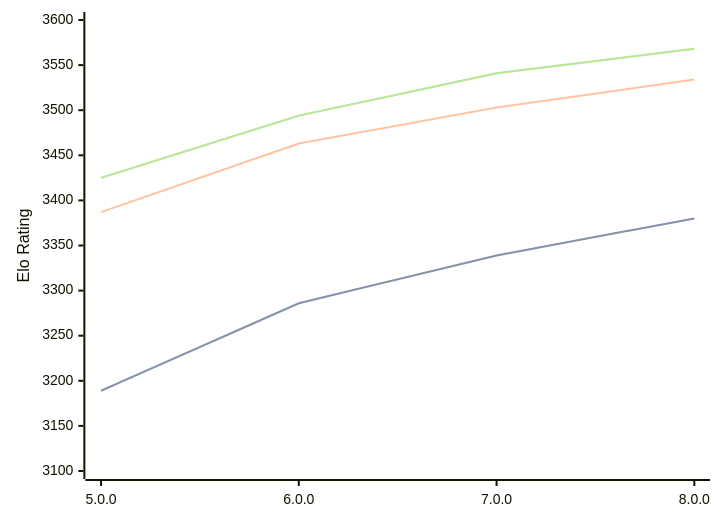
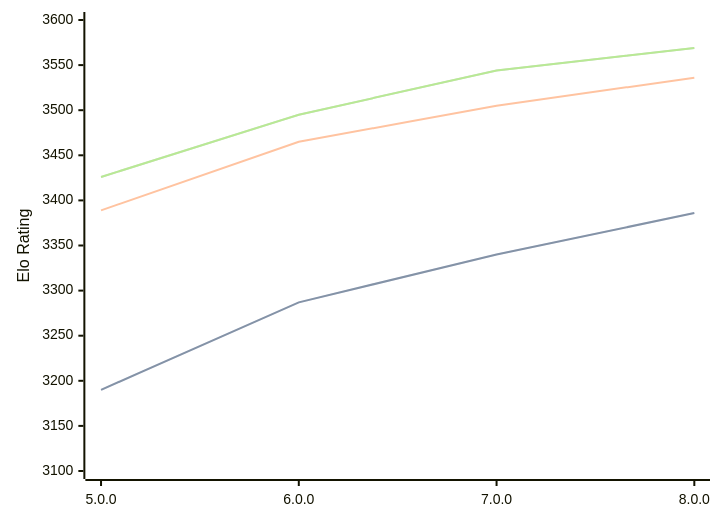
The diagram in engines/Stormphrax.md (computer-chess-index/cci), drawn with Mermaid before and after one commit. The commit also changed other lines of this file, not shown here.

Commit message:
Update CCI Ratings (ELO VLTC) - 2026-08-15

````diff
--- a/engines/Stormphrax.md
+++ b/engines/Stormphrax.md
@@ -34,11 +34,11 @@
 ```mermaid
 %%{init: {"theme":"base","themeVariables":{"seriesColors:['#a3a3a3','#222221','#faa371']}}}%%
 xychart-beta
   x-axis ["5.0.0", "6.0.0", "7.0.0", "8.0.0"]
   y-axis "Elo Rating" 3100 --> 3600
-  line "STC (8.0+0.08s)" [3189, 3286, 3339, 3380]
-  line "STC (8.0+0.08s)" [3189, 3286, 3339, 3380]
-  line "LTC (60.0+0.60s)" [3387, 3463, 3503, 3534]
-  line "VLTC (2m24s+1.12s)" [3425, 3494, 3541, 3568]
-  line "VLTC (2m24s+1.12s)" [3425, 3494, 3541, 3568]
+  line "STC (8.0+0.08s)" [3190, 3287, 3340, 3386]
+  line "STC (8.0+0.08s)" [3190, 3287, 3340, 3386]
+  line "LTC (60.0+0.60s)" [3389, 3465, 3505, 3536]
+  line "VLTC (2m24s+1.12s)" [3426, 3495, 3544, 3569]
+  line "VLTC (2m24s+1.12s)" [3426, 3495, 3544, 3569]
 ```
````
